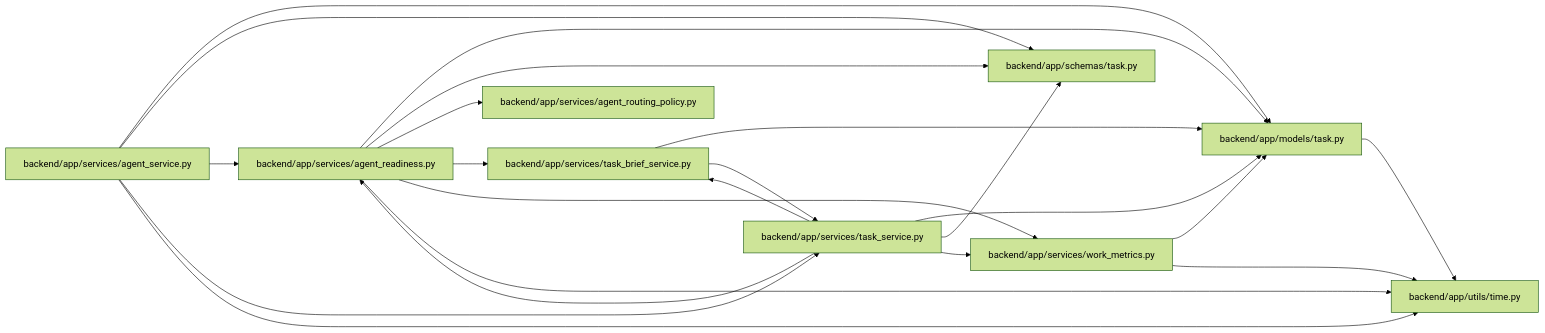
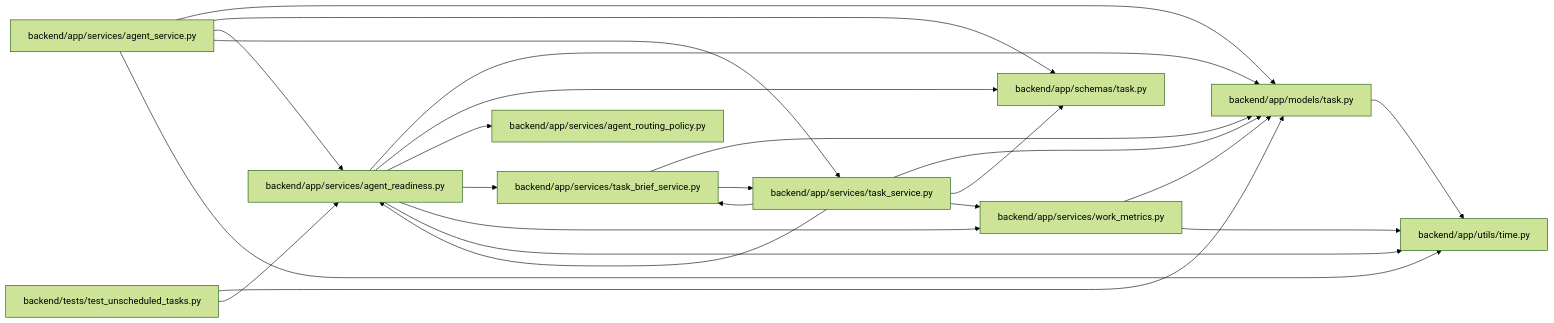
One commit to Denissvgn/WorkChord changed the diagram in docs/llm_wiki/modules/agent_readiness.md. Above: the diagram before and after it, drawn with Mermaid (forest theme). The commit also changed other lines of this file and 509 other files, not shown here.

````diff
--- a/docs/llm_wiki/modules/agent_readiness.md
+++ b/docs/llm_wiki/modules/agent_readiness.md
@@ -29,42 +29,46 @@
 ```mermaid
 flowchart LR
     n0["backend/app/models/task.py"]
     n1["backend/app/schemas/task.py"]
     n2["backend/app/services/agent_readiness.py"]
     n3["backend/app/services/agent_routing_policy.py"]
     n4["backend/app/services/agent_service.py"]
     n5["backend/app/services/task_brief_service.py"]
     n6["backend/app/services/task_service.py"]
     n7["backend/app/services/work_metrics.py"]
     n8["backend/app/utils/time.py"]
+    n9["backend/tests/test_unscheduled_tasks.py"]
     n0 --> n8
     n2 --> n0
     n2 --> n1
     n2 --> n3
     n2 --> n5
     n2 --> n7
     n2 --> n8
     n4 --> n0
     n4 --> n1
     n4 --> n2
     n4 --> n6
     n4 --> n8
     n5 --> n0
     n5 --> n6
     n6 --> n0
     n6 --> n1
     n6 --> n2
     n6 --> n5
     n6 --> n7
     n7 --> n0
     n7 --> n8
+    n9 --> n0
+    n9 --> n2
     click n0 "../modules/models_task.md"
     click n1 "../modules/schemas_task.md"
     click n2 "../modules/agent_readiness.md"
     click n3 "../modules/agent_routing_policy.md"
     click n4 "../modules/agent_service.md"
     click n5 "../modules/task_brief_service.md"
     click n6 "../modules/task_service.md"
     click n7 "../modules/services_work_metrics.md"
     click n8 "../modules/time.md"
+    click n9 "../modules/test_unscheduled_tasks.md"
 ```
````
